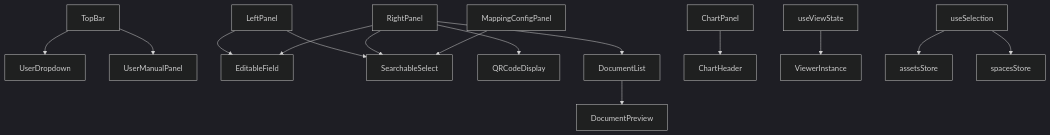
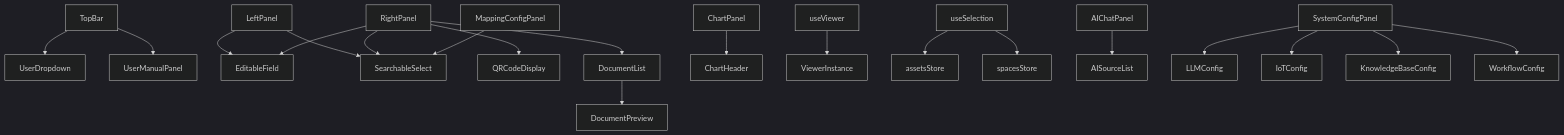
Before and after one commit to ideeinfo/TwinSight: the diagram in .qoder/repowiki/zh/content/前端架构/前端组件体系.md, drawn with Mermaid (dark theme). The commit also changed other lines of this file and 5 other files, not shown here.

````diff
--- a/.qoder/repowiki/zh/content/前端架构/前端组件体系.md
+++ b/.qoder/repowiki/zh/content/前端架构/前端组件体系.md
@@ -149,17 +187,22 @@
 ```mermaid
 graph TD
 A[TopBar] --> B[UserDropdown]
 A --> C[UserManualPanel]
 D[LeftPanel] --> E[EditableField]
 D --> F[SearchableSelect]
 G[RightPanel] --> E
 G --> F
 G --> H[QRCodeDisplay]
 G --> I[DocumentList]
 J[ChartPanel] --> K[ChartHeader]
 L[MappingConfigPanel] --> F
 I --> M[DocumentPreview]
-N[useViewState] --> O[ViewerInstance]
+N[useViewer] --> O[ViewerInstance]
 P[useSelection] --> Q[assetsStore]
 P --> R[spacesStore]
+S[AIChatPanel] --> T[AISourceList]
+U[SystemConfigPanel] --> V[LLMConfig]
+U --> W[IoTConfig]
+U --> X[KnowledgeBaseConfig]
+U --> Y[WorkflowConfig]
 ```
````
